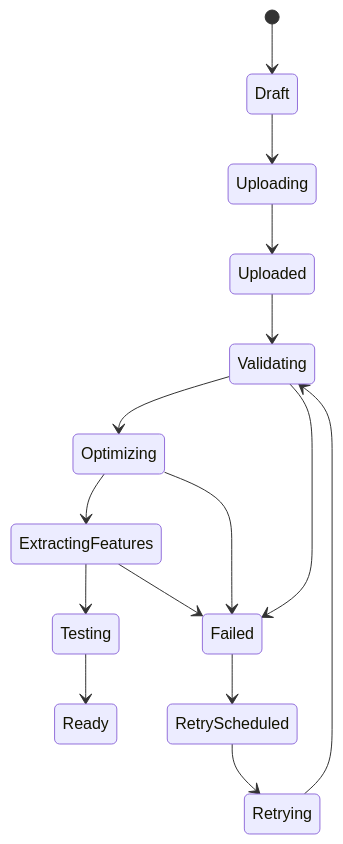
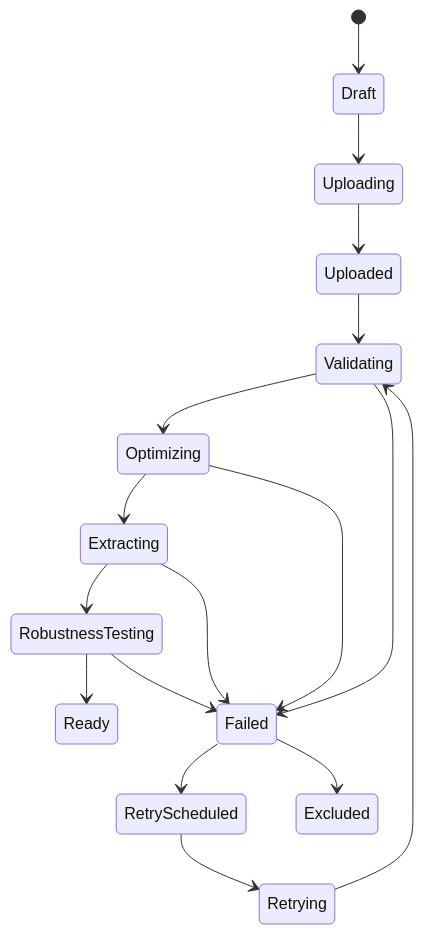
The first of 2 diagrams in release-1-specification/10-processing-and-publishing-model.md (MPRO9projects/ScanStory-Production), drawn with Mermaid before and after one commit. The commit also changed other lines of this file and 31 other files, not shown here.

````diff
--- a/release-1-specification/10-processing-and-publishing-model.md
+++ b/release-1-specification/10-processing-and-publishing-model.md
@@ -11,17 +11,19 @@
 ```mermaid
 stateDiagram-v2
   [*] --> Draft
   Draft --> Uploading
   Uploading --> Uploaded
   Uploaded --> Validating
   Validating --> Optimizing
-  Optimizing --> ExtractingFeatures
-  ExtractingFeatures --> Testing
-  Testing --> Ready
+  Optimizing --> Extracting
+  Extracting --> RobustnessTesting
+  RobustnessTesting --> Ready
   Validating --> Failed
   Optimizing --> Failed
-  ExtractingFeatures --> Failed
+  Extracting --> Failed
+  RobustnessTesting --> Failed
   Failed --> RetryScheduled
   RetryScheduled --> Retrying
   Retrying --> Validating
+  Failed --> Excluded
 ```
````
